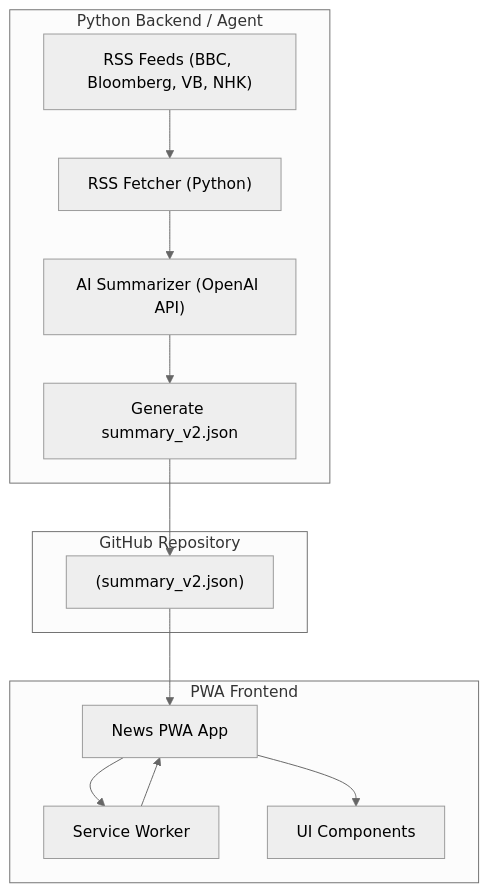
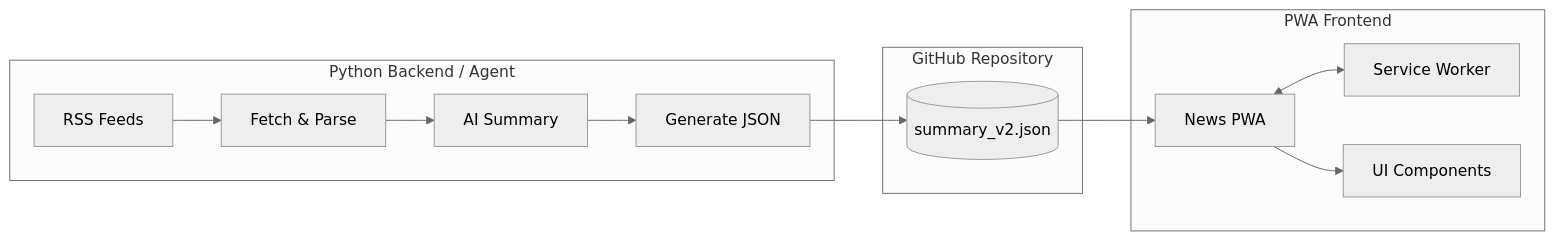
Before and after one commit to TN-NewsLab/news-pwa: the diagram in README.md, drawn with Mermaid (neutral theme).

Commit message:
Refactor mermaid diagram in README.md

````diff
--- a/README.md
+++ b/README.md
@@ -1,26 +1,30 @@
 ```mermaid
-flowchart TD
+flowchart LR
 
-    subgraph Backend[Python Backend / Agent]
-        RSS["RSS Feeds (BBC, Bloomberg, VB, NHK)"]
-        Fetch["RSS Fetcher (Python)"]
-        Summary["AI Summarizer (OpenAI API)"]
-        JSON[Generate summary_v2.json]
+    %% Backend
+    subgraph Backend["Python Backend / Agent"]
+        RSS["RSS Feeds"]
+        Fetch["Fetch & Parse"]
+        Summary["AI Summary"]
+        JSON["Generate JSON"]
     end
 
-    subgraph GitHub[GitHub Repository]
-        Store["(summary_v2.json)"]
+    %% Storage
+    subgraph GitHub["GitHub Repository"]
+        Store[(summary_v2.json)]
     end
 
-    subgraph Frontend[PWA Frontend]
-        App[News PWA App]
-        SW[Service Worker]
-        UI[UI Components]
+    %% Frontend
+    subgraph Frontend["PWA Frontend"]
+        App["News PWA"]
+        SW["Service Worker"]
+        UI["UI Components"]
     end
 
-    RSS --> Fetch --> Summary --> JSON --> Store
-    Store --> App
-    App --> SW
+    %% Main Flow
+    RSS --> Fetch --> Summary --> JSON --> Store --> App
+
+    %% Sub Flow
     App --> UI
-    SW --> App
+    App <--> SW
 ```
````
